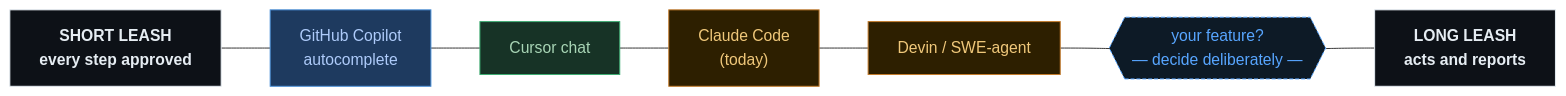
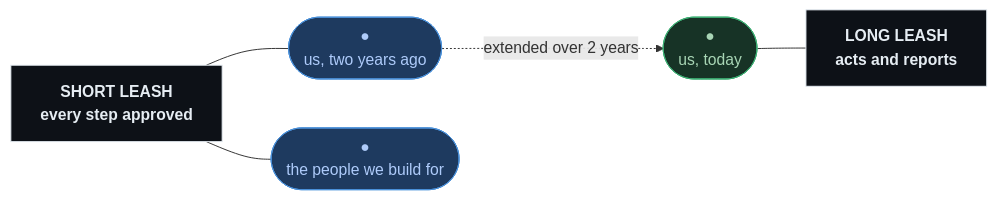
One commit to jaszczook/your-next-feature-might-need-an-agent changed the diagram in slides/section7.md. Above: the diagram before and after it, drawn with Mermaid. The commit also changed other lines of this file and 40 other files, not shown here.

````diff
--- a/slides/section7.md
+++ b/slides/section7.md
@@ -5,18 +5,18 @@
 ```mermaid
 flowchart LR
-    S["SHORT LEASH\nevery step approved"]:::ep
-    A["GitHub Copilot\nautocomplete"]:::blue
-    B["Cursor chat"]:::green
-    C["Claude Code\n(today)"]:::orange
-    D["Devin / SWE-agent"]:::orange
-    QN{{"your feature?\n— decide deliberately —"}}:::feature
-    L["LONG LEASH\nacts and reports"]:::ep
+    SL["SHORT LEASH\nevery step approved"]:::ep
+    LL["LONG LEASH\nacts and reports"]:::ep
 
-    S --- A --- B --- C --- D --- QN --- L
+    D1(["●\nus, two years ago"]):::dotL
+    D2(["●\nus, today"]):::dotR
+    D3(["●\nthe people we build for"]):::dotL
+
+    SL --- D1
+    SL --- D3
+    D2 --- LL
+    D1 -. "extended over 2 years" .-> D2
 
     classDef ep fill:#0d1117,stroke:#e6edf3,color:#e6edf3,font-weight:700
-    classDef blue fill:#1e3a5f,stroke:#4a90d9,color:#aecbfa
-    classDef green fill:#173326,stroke:#3cad72,color:#a8d5b5
-    classDef orange fill:#2d1f00,stroke:#c47b2a,color:#f0c87a
-    classDef feature fill:#0d1a26,stroke:#58a6ff,color:#58a6ff,stroke-dasharray:4 2
+    classDef dotL fill:#1e3a5f,stroke:#4a90d9,color:#aecbfa
+    classDef dotR fill:#173326,stroke:#3cad72,color:#a8d5b5
 ```
````
